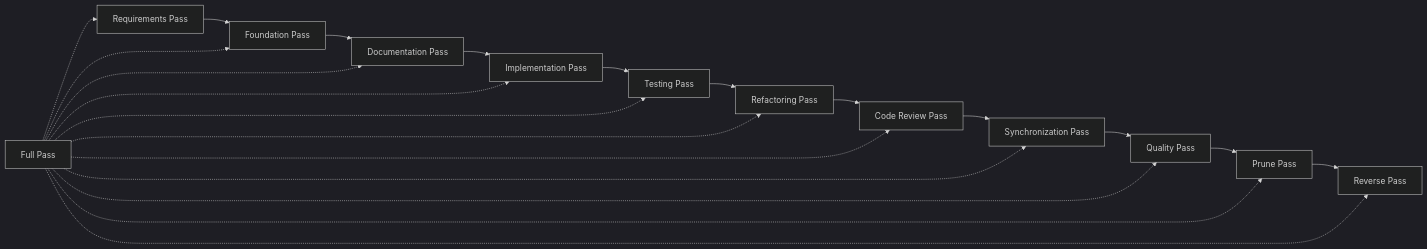
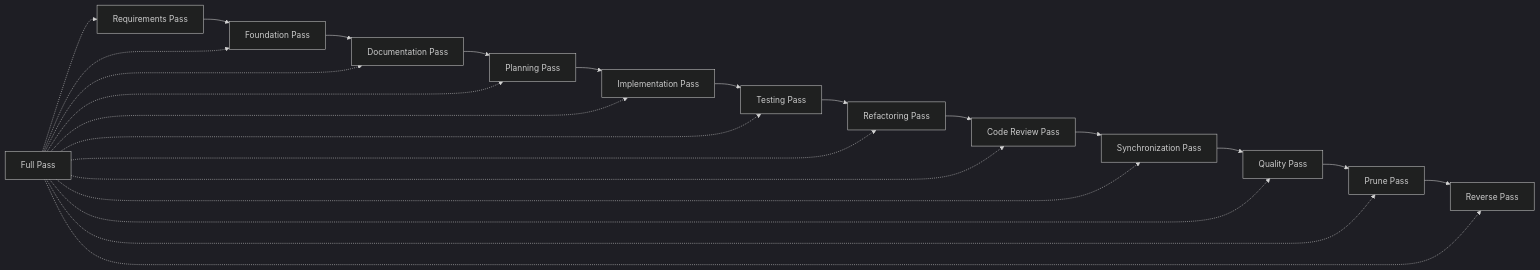
One commit to ningsuhen/agent3d changed the third of 7 diagrams in docs/HIGH-LEVEL-DESIGN.md. Above: the diagram before and after it, drawn with Mermaid (dark theme). The commit also changed other lines of this file and 22 other files, not shown here.

Commit message:
Planning Pass

````diff
--- a/docs/HIGH-LEVEL-DESIGN.md
+++ b/docs/HIGH-LEVEL-DESIGN.md
@@ -48,25 +48,27 @@
 ```mermaid
 graph LR
     A[Requirements Pass] --> B[Foundation Pass]
     B --> C[Documentation Pass]
-    C --> D[Implementation Pass]
+    C --> CP[Planning Pass]
+    CP --> D[Implementation Pass]
     D --> E[Testing Pass]
     E --> F[Refactoring Pass]
     F --> G[Code Review Pass]
     G --> H[Synchronization Pass]
     H --> I[Quality Pass]
     I --> J[Prune Pass]
     J --> K[Reverse Pass]
 
     L[Full Pass] -.-> A
     L -.-> B
     L -.-> C
+    L -.-> CP
     L -.-> D
     L -.-> E
     L -.-> F
     L -.-> G
     L -.-> H
     L -.-> I
     L -.-> J
     L -.-> K
 ```
````
